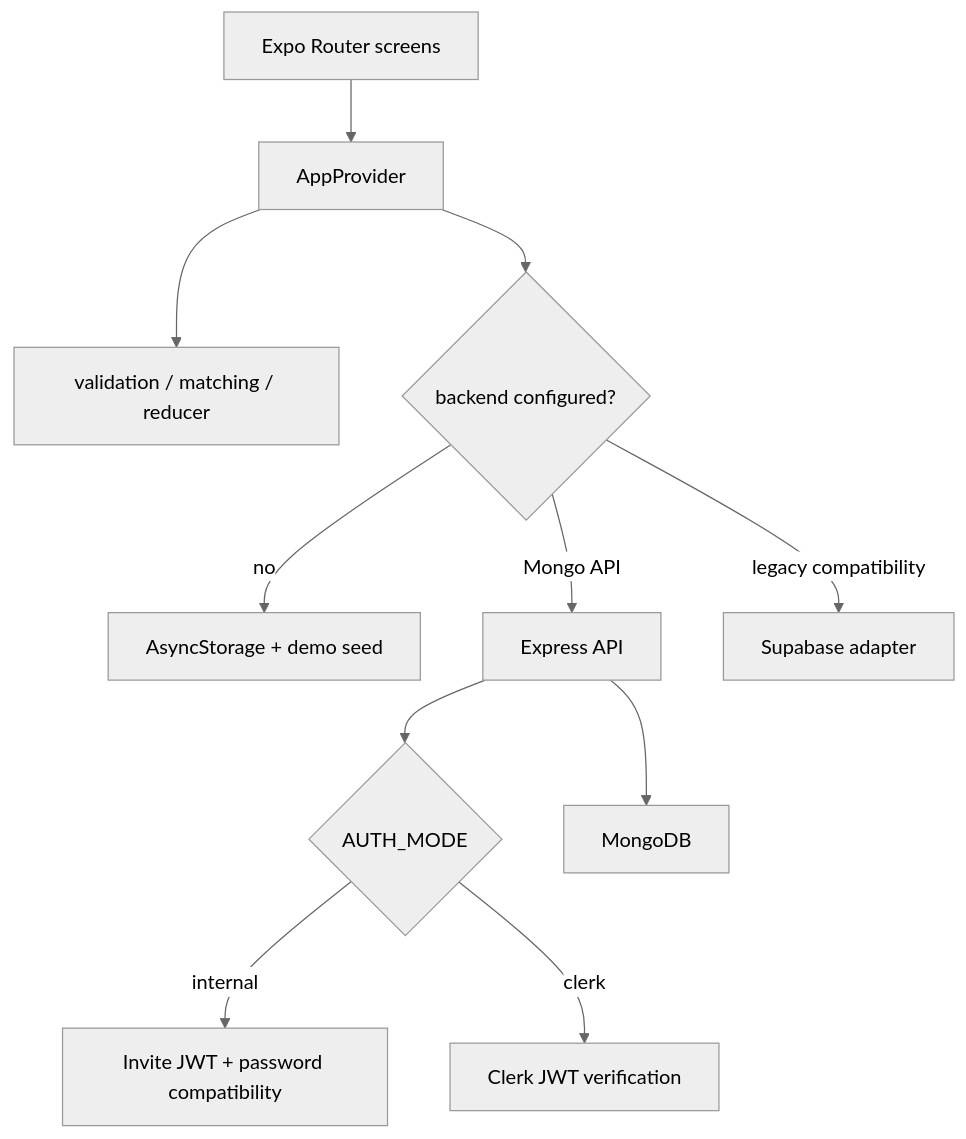
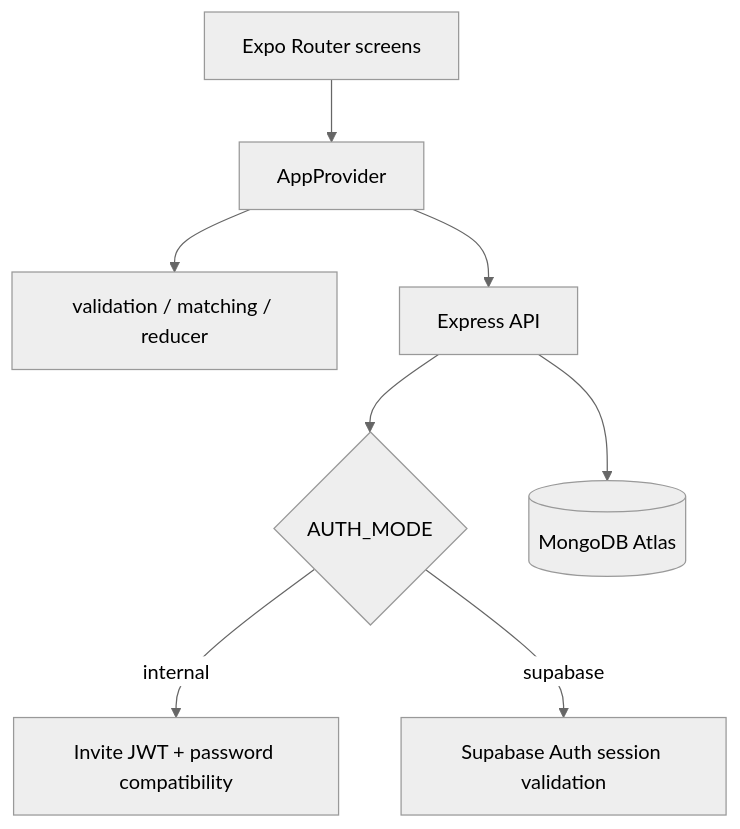
One commit to charifmahmoudi/Invite-someone-app changed the second of 3 diagrams in docs/ARCHITECTURE.md. Above: the diagram before and after it, drawn with Mermaid (neutral theme). The commit also changed other lines of this file, not shown here.

Commit message:
docs: make Supabase Auth the target identity architecture

````diff
--- a/docs/ARCHITECTURE.md
+++ b/docs/ARCHITECTURE.md
@@ -88,13 +96,10 @@
 ```mermaid
 flowchart TD
   Screens[Expo Router screens] --> Context[AppProvider]
   Context --> Domain[validation / matching / reducer]
-  Context --> Mode{backend configured?}
-  Mode -->|no| Local[AsyncStorage + demo seed]
-  Mode -->|Mongo API| API[Express API]
+  Context --> API[Express API]
   API --> Auth{AUTH_MODE}
   Auth -->|internal| Legacy[Invite JWT + password compatibility]
-  Auth -->|clerk| External[Clerk JWT verification]
-  API --> DB[MongoDB]
-  Mode -->|legacy compatibility| Supabase[Supabase adapter]
+  Auth -->|supabase| Managed[Supabase Auth session validation]
+  API --> DB[(MongoDB Atlas)]
 ```
````
